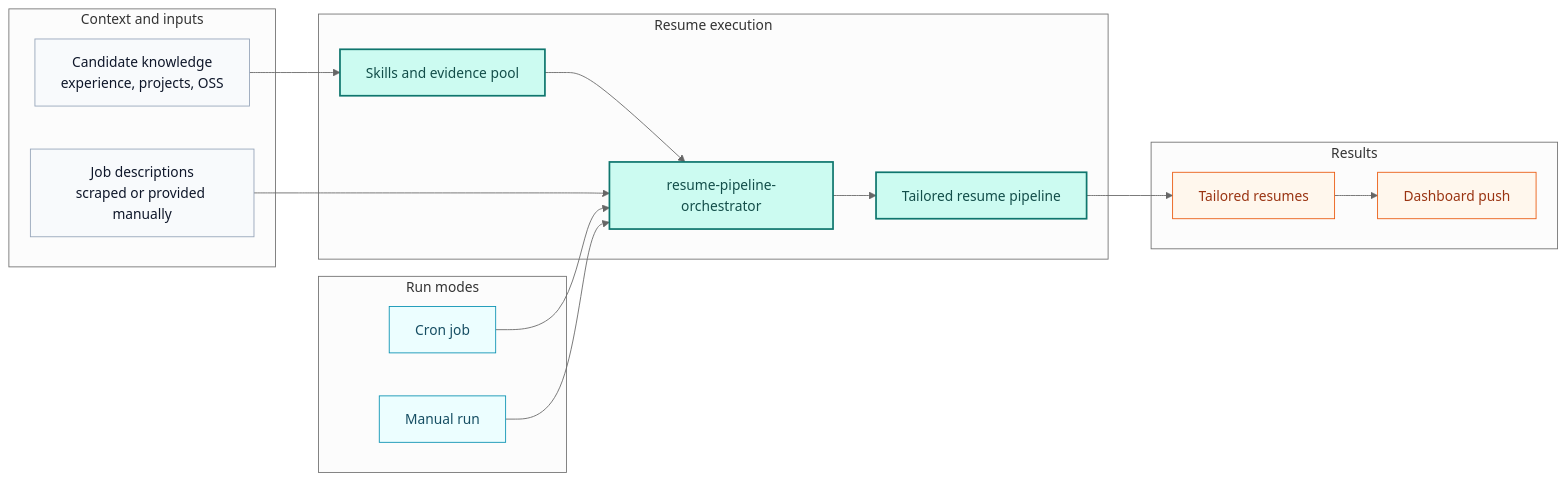
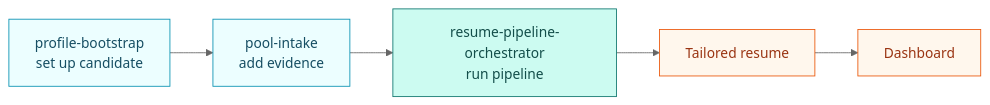
Before and after one commit to Aryan1718/hermes-autonomous-resume: the diagram in docs-site/docs/getting-started/introduction.md, drawn with Mermaid (neutral theme). The commit also changed other lines of this file and 21 other files, not shown here.

Commit message:
docs(docs-site): reorganize resume-agent docs and add source repo callouts

````diff
--- a/docs-site/docs/getting-started/introduction.md
+++ b/docs-site/docs/getting-started/introduction.md
@@ -57,42 +57,14 @@
 ```mermaid
 flowchart LR
-  classDef source fill:#f8fafc,stroke:#94a3b8,color:#0f172a,stroke-width:1px;
-  classDef trigger fill:#ecfeff,stroke:#0891b2,color:#164e63,stroke-width:1px;
-  classDef orchestrator fill:#ccfbf1,stroke:#0f766e,color:#134e4a,stroke-width:2px;
+  classDef setup fill:#ecfeff,stroke:#0891b2,color:#164e63,stroke-width:1px;
+  classDef runtime fill:#ccfbf1,stroke:#0f766e,color:#134e4a,stroke-width:1px;
   classDef output fill:#fff7ed,stroke:#ea580c,color:#9a3412,stroke-width:1px;
 
-  subgraph Inputs[Context and inputs]
-    A[Candidate knowledge<br/>experience, projects, OSS]
-    B[Job descriptions<br/>scraped or provided manually]
-  end
+  A[profile-bootstrap<br/>set up candidate]:::setup
+  B[pool-intake<br/>add evidence]:::setup
+  C[resume-pipeline-orchestrator<br/>run pipeline]:::runtime
+  D[Tailored resume]:::output
+  E[Dashboard]:::output
 
-  subgraph Triggers[Run modes]
-    C[Cron job]
-    D[Manual run]
-  end
-
-  subgraph Pipeline[Resume execution]
-    E[Skills and evidence pool]
-    F[resume-pipeline-orchestrator]
-    G[Tailored resume pipeline]
-  end
-
-  subgraph Outputs[Results]
-    H[Tailored resumes]
-    I[Dashboard push]
-  end
-
-  A --> E
-  B --> F
-  C --> F
-  D --> F
-  E --> F
-  F --> G
-  G --> H
-  H --> I
-
-  class A,B source;
-  class C,D trigger;
-  class E,F,G orchestrator;
-  class H,I output;
+  A --> B --> C --> D --> E
 ```
````
